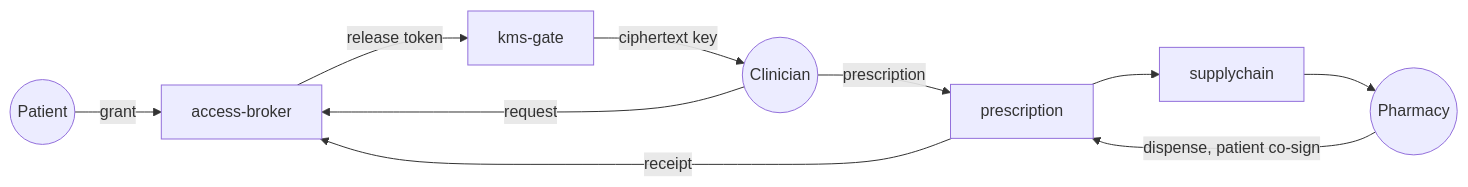
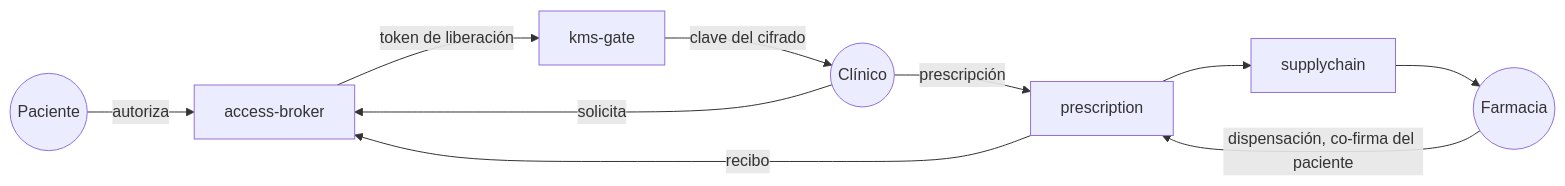
Before and after one commit to nanonite/-rappihistories-stellar-dapp-slides: the first of 2 diagrams in slides.md, drawn with Mermaid. The commit also changed other lines of this file, not shown here.

````diff
--- a/slides.md
+++ b/slides.md
@@ -164,12 +208,12 @@
 ```mermaid {scale: 0.7}
 flowchart LR
-  P((Patient)) -->|grant| AB[access-broker]
-  C((Clinician)) -->|request| AB
-  AB -->|release token| KMS[kms-gate]
-  KMS -->|ciphertext key| C
-  C -->|prescription| RX[prescription]
+  P((Paciente)) -->|autoriza| AB[access-broker]
+  C((Clínico)) -->|solicita| AB
+  AB -->|token de liberación| KMS[kms-gate]
+  KMS -->|clave del cifrado| C
+  C -->|prescripción| RX[prescription]
   RX --> SC[supplychain]
-  SC --> Ph((Pharmacy))
-  Ph -->|dispense, patient co-sign| RX
-  RX -->|receipt| AB
+  SC --> Ph((Farmacia))
+  Ph -->|dispensación, co-firma del paciente| RX
+  RX -->|recibo| AB
 ```
````
